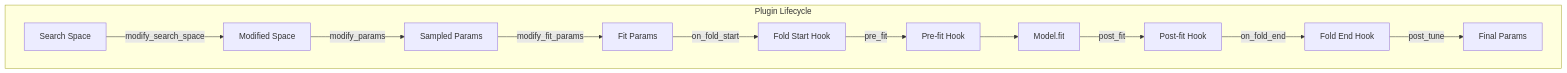
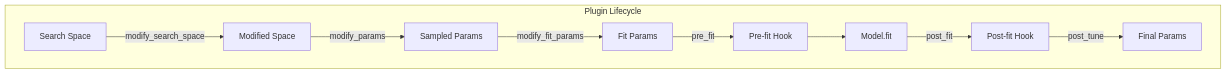
Before and after one commit to caldred/auto-sklearn: the diagram in docs/plugins.md, drawn with Mermaid. The commit also changed other lines of this file and 23 other files, not shown here.

````diff
--- a/docs/plugins.md
+++ b/docs/plugins.md
@@ -9,14 +9,12 @@
 ```mermaid
 graph TB
     subgraph "Plugin Lifecycle"
         A[Search Space] --> |modify_search_space| B[Modified Space]
         B --> |modify_params| C[Sampled Params]
         C --> |modify_fit_params| D[Fit Params]
-        D --> |on_fold_start| D2[Fold Start Hook]
-        D2 --> |pre_fit| E[Pre-fit Hook]
+        D --> |pre_fit| E[Pre-fit Hook]
         E --> F[Model.fit]
         F --> |post_fit| G[Post-fit Hook]
-        G --> |on_fold_end| G2[Fold End Hook]
-        G2 --> |post_tune| H[Final Params]
+        G --> |post_tune| H[Final Params]
     end
 ```
````
